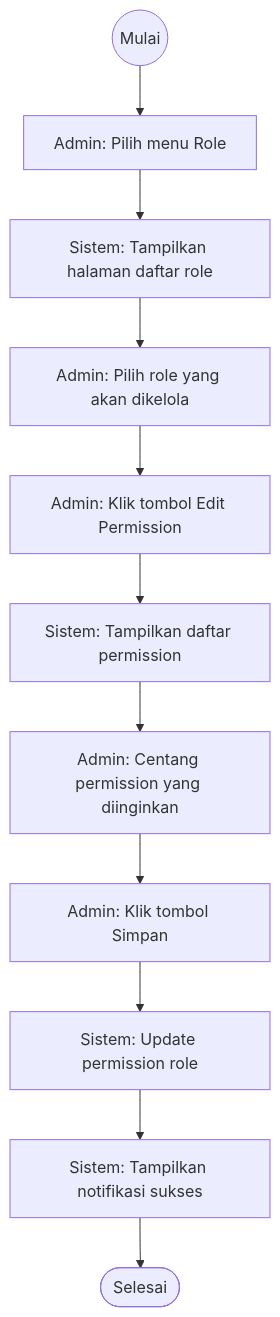
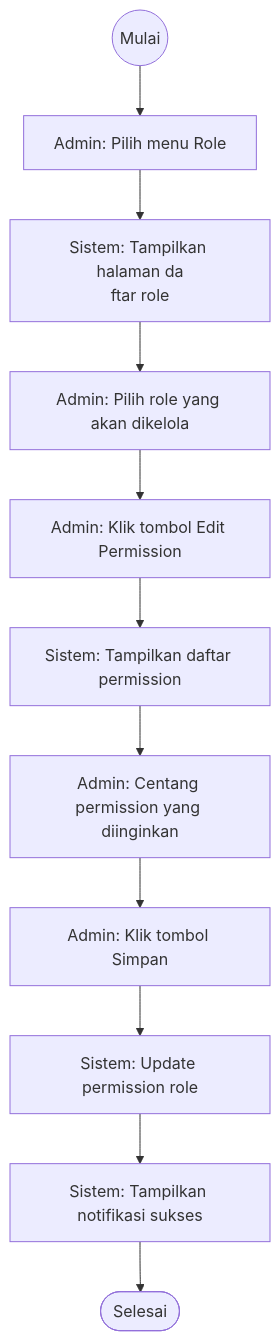
Before and after one commit to devWebs01/POS-DW: diagram 16 of 40 in docs/4.2-perancangan-sistem.md, drawn with Mermaid. The commit also changed other lines of this file, not shown here.

````diff
--- a/docs/4.2-perancangan-sistem.md
+++ b/docs/4.2-perancangan-sistem.md
@@ -1310,23 +1383,24 @@
 ```mermaid
 flowchart TD
   start((Mulai))
   A_A["Admin: Pilih menu Role"]
   start --> A_A
-  S_A["Sistem: Tampilkan halaman daftar role"]
+  S_A["Sistem: Tampilkan halaman da
+ftar role"]
   A_A --> S_A
   A_B["Admin: Pilih role yang akan dikelola"]
   S_A --> A_B
   A_C["Admin: Klik tombol Edit Permission"]
   A_B --> A_C
   S_B["Sistem: Tampilkan daftar permission"]
   A_C --> S_B
   A_D["Admin: Centang permission yang diinginkan"]
   S_B --> A_D
   A_E["Admin: Klik tombol Simpan"]
   A_D --> A_E
   S_C["Sistem: Update permission role"]
   A_E --> S_C
   S_D["Sistem: Tampilkan notifikasi sukses"]
   S_C --> S_D
   S_D --> end_success([Selesai])
 ```
````
